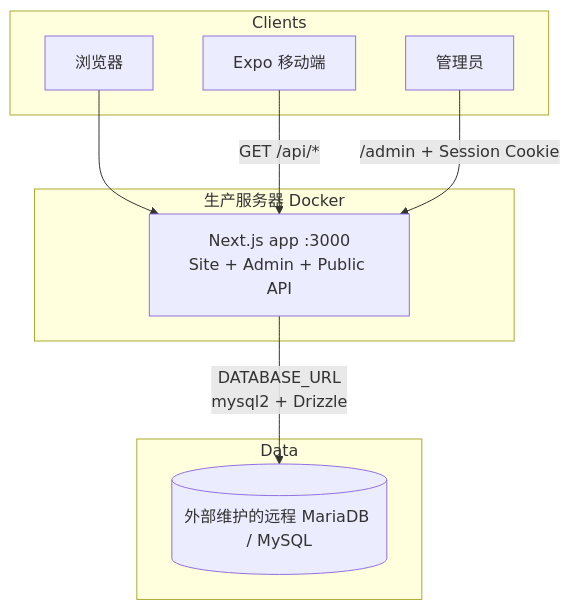
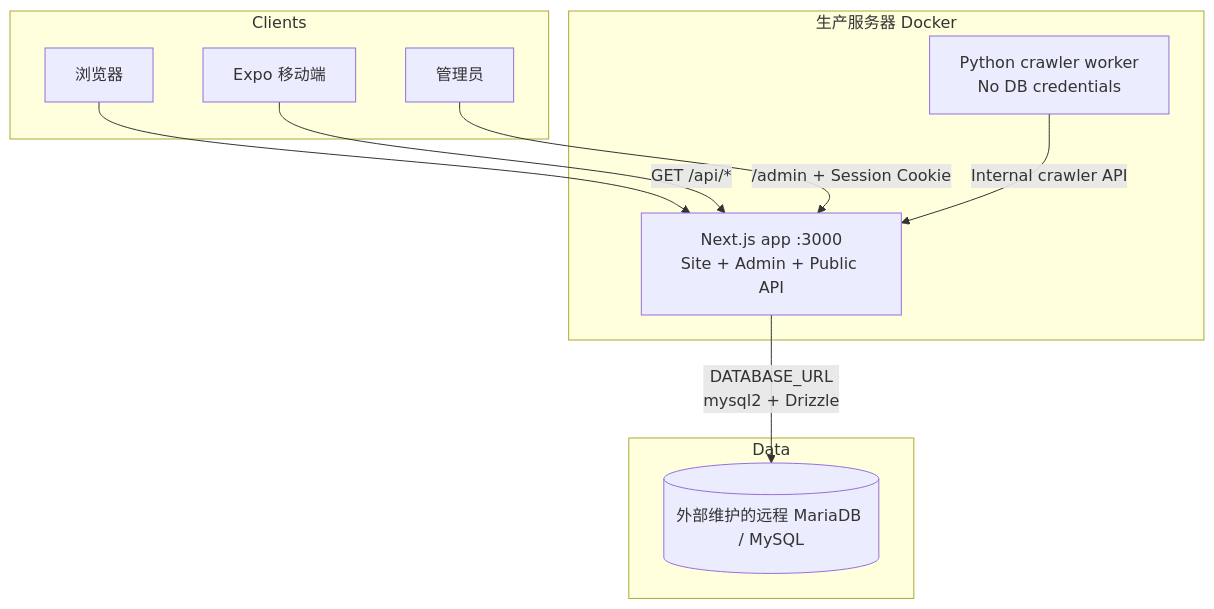
One commit to SakurajimMai/hentaiworkers changed the first of 4 diagrams in docs/architecture.md. Above: the diagram before and after it, drawn with Mermaid. The commit also changed other lines of this file and 17 other files, not shown here.

Commit message:
chore(deploy): publish isolated crawler worker

````diff
--- a/docs/architecture.md
+++ b/docs/architecture.md
@@ -14,21 +14,23 @@
 ```mermaid
 flowchart TB
   subgraph Clients
     Browser[浏览器]
     Mobile[Expo 移动端]
     AdminUser[管理员]
   end
 
   subgraph DockerHost["生产服务器 Docker"]
     App["Next.js app :3000<br/>Site + Admin + Public API"]
+    Worker["Python crawler worker<br/>No DB credentials"]
   end
 
   subgraph Data
     MySQL[(外部维护的远程 MariaDB / MySQL)]
   end
 
   Browser --> App
   Mobile -->|GET /api/*| App
   AdminUser -->|/admin + Session Cookie| App
   App -->|DATABASE_URL<br/>mysql2 + Drizzle| MySQL
+  Worker -->|Internal crawler API| App
 ```
````
